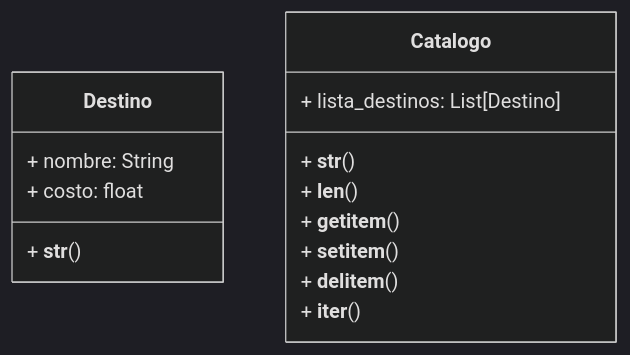
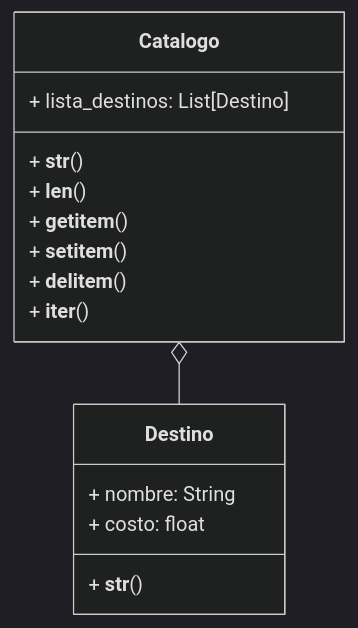
Before and after one commit to bk320/psg-oop-2025: the diagram in retos_sesion_08/ejercicio_02.md, drawn with Mermaid (dark theme).

Commit message:
correccion_retos_sesion_08

````diff
--- a/retos_sesion_08/ejercicio_02.md
+++ b/retos_sesion_08/ejercicio_02.md
@@ -75,17 +75,18 @@
 ```mermaid
 classDiagram
     class Destino{
         + nombre: String
         + costo: float
         + __str__()
     }
     class Catalogo{
         + lista_destinos: List[Destino]
         + __str__()
         + __len__()
         + __getitem__()
         + __setitem__()
         + __delitem__()
         + __iter__()
     }
+    Catalogo o-- Destino
 ```
````
